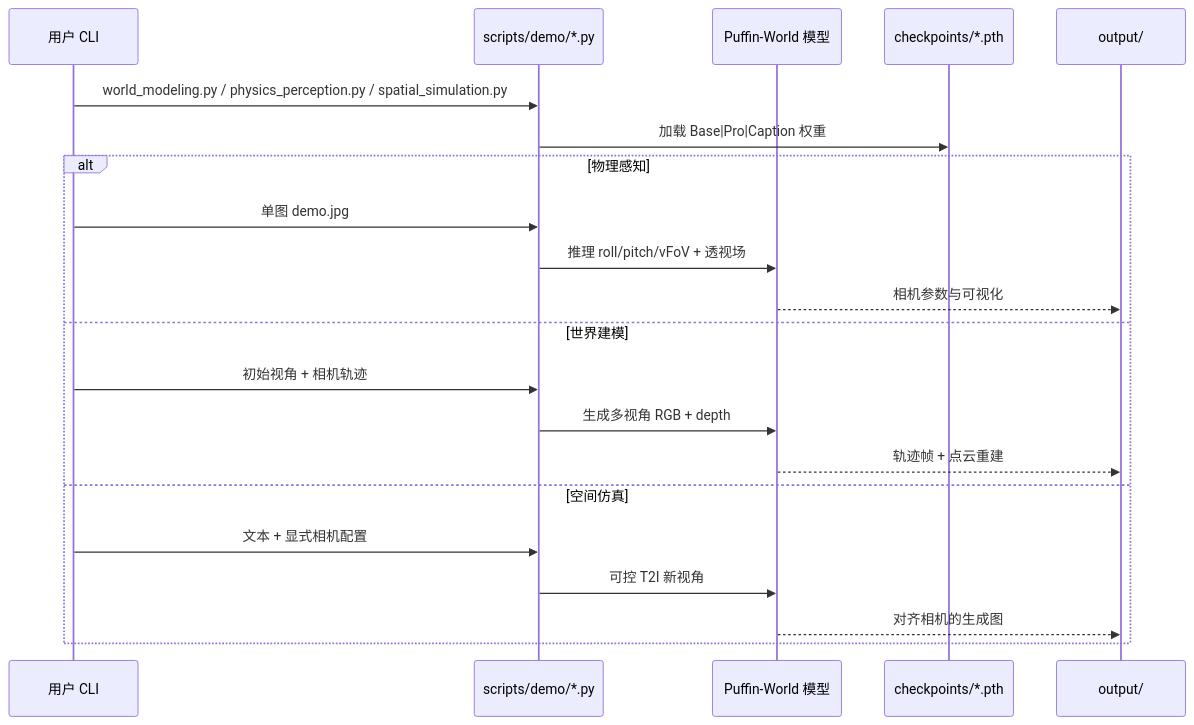
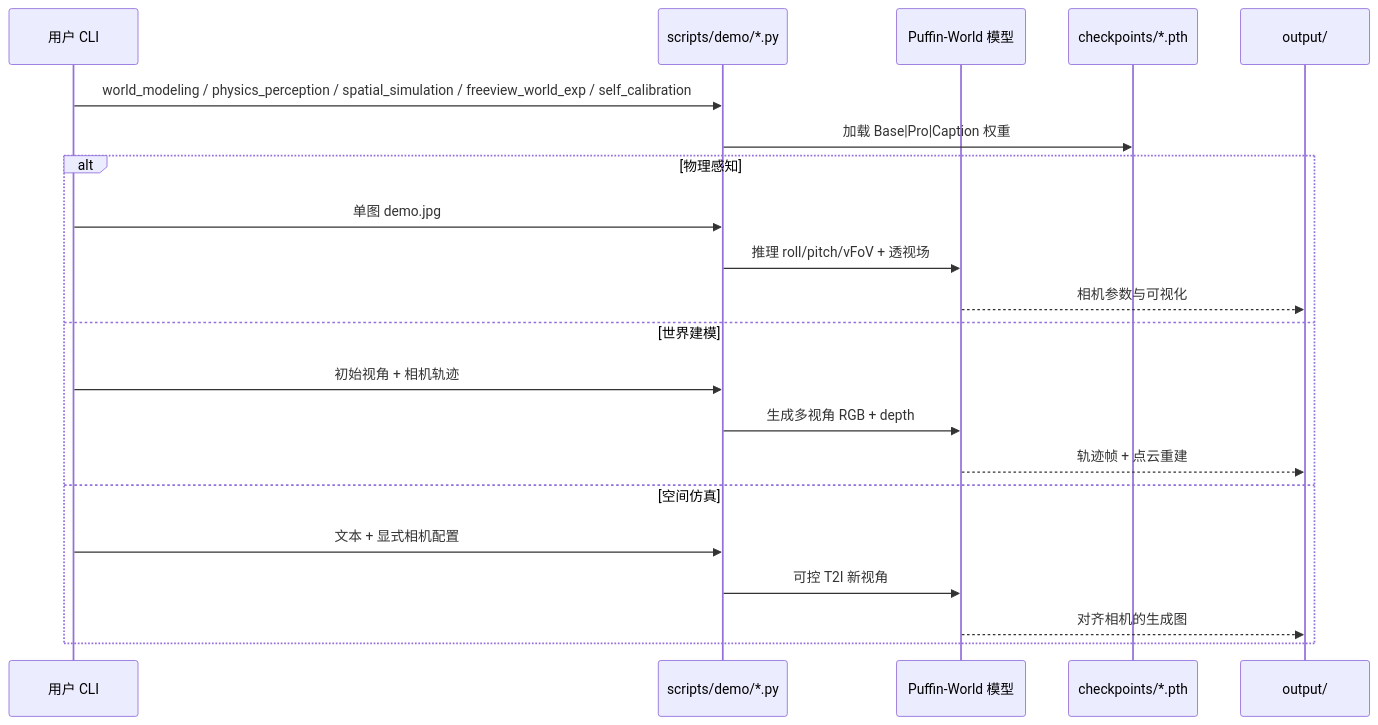
The second of 2 diagrams in wiki/entities/paper-puffin-world.md (ImChong/Robotics_Notebooks), drawn with Mermaid before and after one commit. The commit also changed other lines of this file and 5 other files, not shown here.

````diff
--- a/wiki/entities/paper-puffin-world.md
+++ b/wiki/entities/paper-puffin-world.md
@@ -88,24 +88,24 @@
 ```mermaid
 sequenceDiagram
   participant U as 用户 CLI
   participant D as scripts/demo/*.py
   participant M as Puffin-World 模型
   participant HF as checkpoints/*.pth
   participant O as output/
 
-  U->>D: world_modeling.py / physics_perception.py / spatial_simulation.py
+  U->>D: world_modeling / physics_perception / spatial_simulation / freeview_world_exp / self_calibration
   D->>HF: 加载 Base|Pro|Caption 权重
   alt 物理感知
     U->>D: 单图 demo.jpg
     D->>M: 推理 roll/pitch/vFoV + 透视场
     M-->>O: 相机参数与可视化
   else 世界建模
     U->>D: 初始视角 + 相机轨迹
     D->>M: 生成多视角 RGB + depth
     M-->>O: 轨迹帧 + 点云重建
   else 空间仿真
     U->>D: 文本 + 显式相机配置
     D->>M: 可控 T2I 新视角
     M-->>O: 对齐相机的生成图
   end
 ```
````
